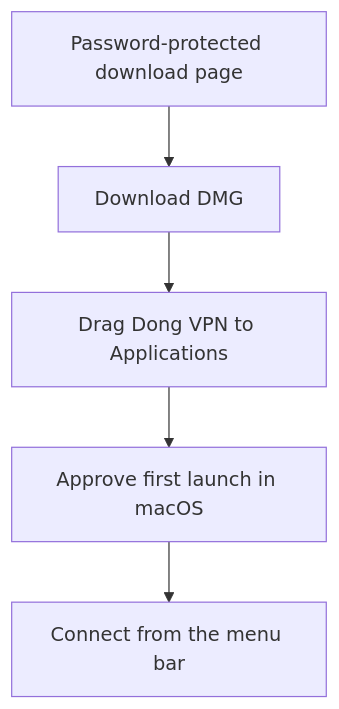
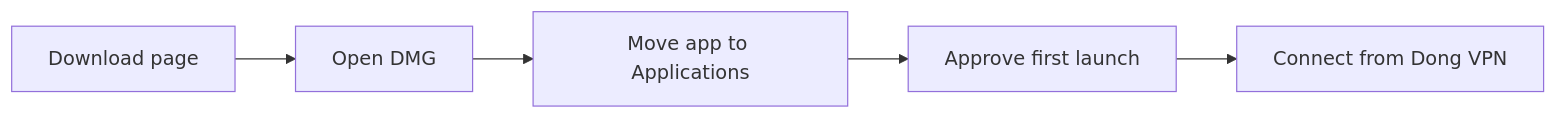
The first of 2 diagrams in README.md (simondong1/china-vpn), drawn with Mermaid before and after one commit. The commit also changed other lines of this file and 9 other files, not shown here.

````diff
--- a/README.md
+++ b/README.md
@@ -14,7 +13,7 @@
 ```mermaid
-flowchart TD
-    A[Password-protected download page] --> B[Download DMG]
-    B --> C[Drag Dong VPN to Applications]
-    C --> D[Approve first launch in macOS]
-    D --> E[Connect from the menu bar]
+flowchart LR
+    Site[Download page] --> DMG[Open DMG]
+    DMG --> Apps[Move app to Applications]
+    Apps --> Approve[Approve first launch]
+    Approve --> Connect[Connect from Dong VPN]
 ```
````
